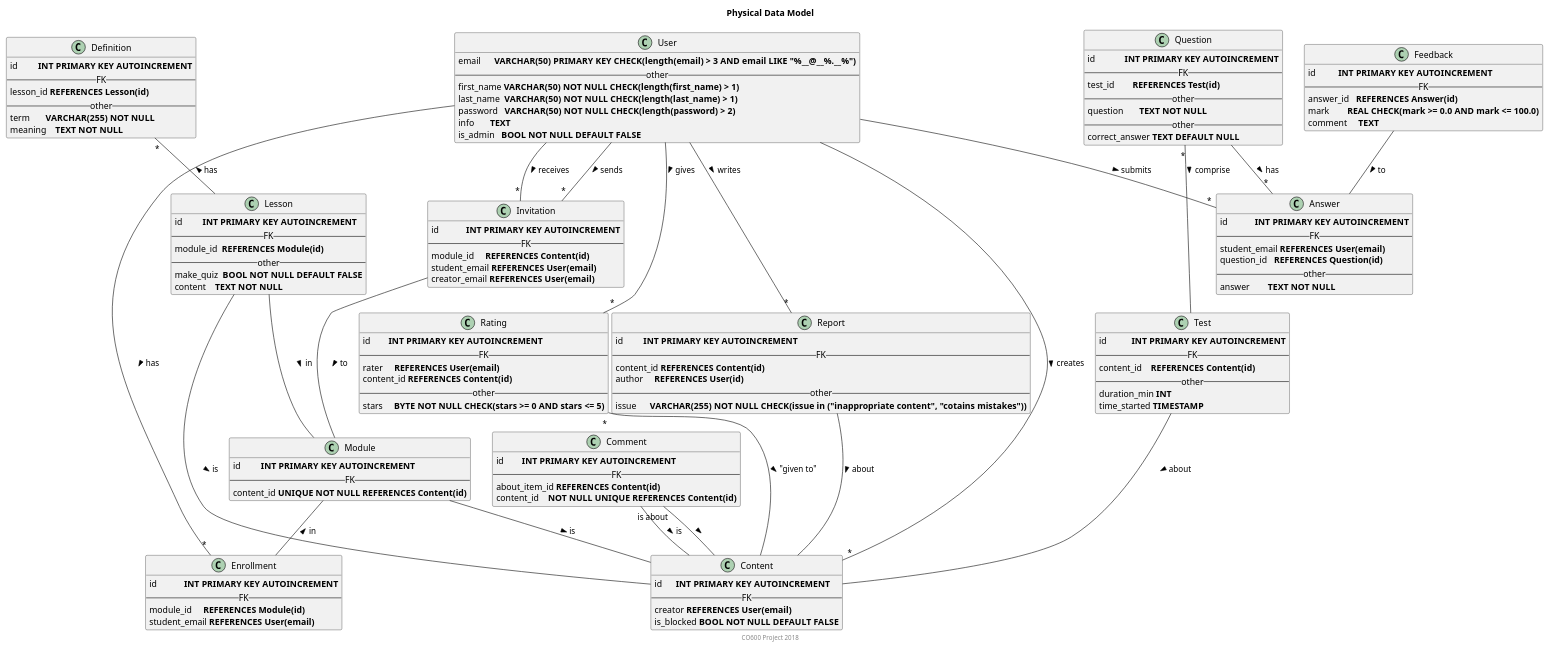
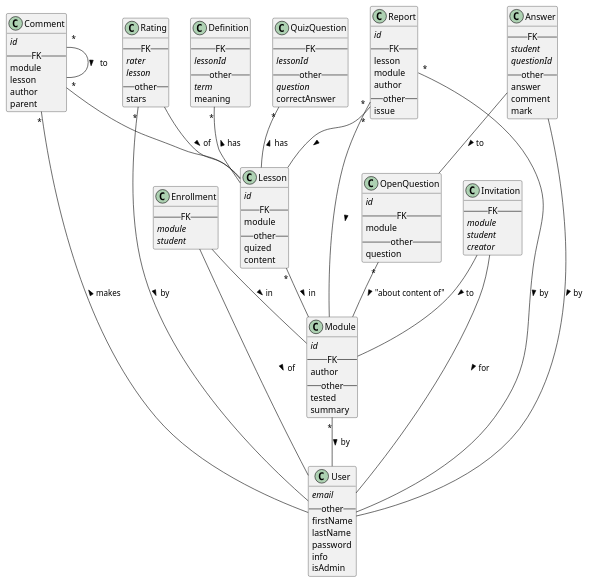
The diagram in database/physical_data_model.puml (nl253/CO600_Project), drawn with PlantUML before and after one commit. The commit also changed 4 other files, not shown here.

```diff
--- a/database/physical_data_model.puml
+++ b/database/physical_data_model.puml
@@ -1,170 +1,123 @@
 @startuml
-
-title Physical Data Model
-footer CO600 Project 2018
-
-' A user is anyone in the system that can log in (Administrator, and a regular user i.e. Student, Independent Learner and Content Creator)
 class User {
-  email      <b>VARCHAR(50) PRIMARY KEY CHECK(length(email) > 3 AND email LIKE "%__@__%.__%")</b>
+  <i>email</i>
   -- other --
-  first_name <b>VARCHAR(50) NOT NULL CHECK(length(first_name) > 1)</b>
-  last_name  <b>VARCHAR(50) NOT NULL CHECK(length(last_name) > 1)</b> 
-  password   <b>VARCHAR(50) NOT NULL CHECK(length(password) > 2)</b>
-  info       <b>TEXT</b>
-  is_admin   <b>BOOL NOT NULL DEFAULT FALSE</b>
+  firstName
+  lastName
+  password
+  info
+  isAdmin
 }
 
-' Abstract representation of anything that has a creator & can be reported.
-class Content {
-  id      <b>INT PRIMARY KEY AUTOINCREMENT</b>
+class Module {
+  <i>id</i>
   -- FK --
-  creator <b>REFERENCES User(email)</b>
-  is_blocked <b>BOOL NOT NULL DEFAULT FALSE</b>
+  author
+  -- other --
+  tested
+  summary
 }
 
-' A question is associated with a test.
-' It may be either "closed" or "open". 
-class Question {
-  id             <b>INT PRIMARY KEY AUTOINCREMENT</b>
+class Lesson {
+  <i>id</i>
   -- FK --
-  test_id        <b>REFERENCES Test(id)</b>
+  module
   -- other --
-  question       <b>TEXT NOT NULL</b>
-  -- other --
-  correct_answer <b>TEXT DEFAULT NULL</b>
+  quized
+  content
 }
 
-' A student may rate a lesson (and give a rating in [0, 5]).
-' The average of the ratings of all lessons is the rating of the module.
 class Rating {
-  id        <b>INT PRIMARY KEY AUTOINCREMENT</b>
   -- FK --
-  rater     <b>REFERENCES User(email)</b>
-  content_id <b>REFERENCES Content(id)</b>
+  <i>rater</i>
+  <i>lesson</i>
   -- other --
-  stars     <b>BYTE NOT NULL CHECK(stars >= 0 AND stars <= 5)</b>
+  stars
 }
 
-' Comments can be submitted to give feedback about content.
-' Because comments themselves are a type of content, this allows for commenting on comments, modules and lessons.
-class Comment {
-  id        <b>INT PRIMARY KEY AUTOINCREMENT</b>
+class Invitation {
   -- FK --
-  about_item_id <b>REFERENCES Content(id)</b>
-  content_id    <b>NOT NULL UNIQUE REFERENCES Content(id)</b>
-}
-
-' A content creator may invite a student to take part in their module.
-class Invitation {
-  id            <b>INT PRIMARY KEY AUTOINCREMENT</b>
-  -- FK --
-  module_id     <b>REFERENCES Content(id)</b>
-  student_email <b>REFERENCES User(email)</b>
-  creator_email <b>REFERENCES User(email)</b>
-}
-
-
-' Feedback may be given to a student on their answer to an open question.
-class Feedback {
-  id          <b>INT PRIMARY KEY AUTOINCREMENT</b>
-  -- FK --
-  answer_id   <b>REFERENCES Answer(id)</b>
-  mark        <b>REAL CHECK(mark >= 0.0 AND mark <= 100.0)</b>
-  comment     <b>TEXT</b>
+  <i>module</i>
+  <i>student</i>
+  <i>creator</i>
 }
 
 class Enrollment {
-  id            <b>INT PRIMARY KEY AUTOINCREMENT</b>
   -- FK --
-  module_id     <b>REFERENCES Module(id)</b>
-  student_email <b>REFERENCES User(email)</b>
+  <i>module</i>
+  <i>student</i>
 }
 
-' A module is like a container (i.e. folder / directory) for lessons.
-class Module {
-  id         <b>INT PRIMARY KEY AUTOINCREMENT</b>
+class Comment {
+  <i>id</i>
   -- FK --
-  content_id <b>UNIQUE NOT NULL REFERENCES Content(id)</b>
+  module
+  lesson
+  author
+  parent
 }
 
-' A lesson MUST BE associated with a module.
-' A lesson MUST have a content (stored as an HTML string).
-' A lesson may be marked as having a quiz made from definitions (automatically generated from the definitions).
-class Lesson {
-  id         <b>INT PRIMARY KEY AUTOINCREMENT</b>
+class OpenQuestion {
+  <i>id</i>
   -- FK --
-  module_id  <b>REFERENCES Module(id)</b>
+  module
   -- other --
-  make_quiz  <b>BOOL NOT NULL DEFAULT FALSE</b>
-  content    <b>TEXT NOT NULL</b>
+  question
 }
 
-' An answer to an open question may BE given by a student enrolled in a module.
 class Answer {
-  id            <b>INT PRIMARY KEY AUTOINCREMENT</b>
   -- FK --
-  student_email <b>REFERENCES User(email)</b>
-  question_id   <b>REFERENCES Question(id)</b>
+  <i>student</i>
+  <i>questionId</i>
   -- other --
-  answer        <b>TEXT NOT NULL</b>
+  answer
+  comment
+  mark
 }
 
-' The content creator may define terms in a lesson they created
-class Definition {
-  id         <b>INT PRIMARY KEY AUTOINCREMENT</b>
+class Report {
+  <i>id</i>
   -- FK --
-  lesson_id <b>REFERENCES Lesson(id)</b>
+  lesson
+  module
+  author
   -- other --
-  term       <b>VARCHAR(255) NOT NULL</b>
-  meaning    <b>TEXT NOT NULL</b>
+  issue
 }
 
-' A user may report a piece of content (e.g. lesson, module, content) for breaking terms and conditions.
-class Report {
-  id         <b>INT PRIMARY KEY AUTOINCREMENT</b>
+class Definition {
   -- FK --
-  content_id <b>REFERENCES Content(id)</b>
-  author     <b>REFERENCES User(id)</b>
+  <i>lessonId</i>
   -- other --
-  issue      <b>VARCHAR(255) NOT NULL CHECK(issue in ("inappropriate content", "cotains mistakes"))</b>
+  <i>term</i>
+  meaning
 }
 
-' A test may be taken at the end of the module.
-class Test {
-  id           <b>INT PRIMARY KEY AUTOINCREMENT</b>
+class QuizQuestion {
   -- FK --
-  content_id    <b>REFERENCES Content(id)</b>
+  <i>lessonId</i>
   -- other --
-  duration_min <b>INT</b>
-  time_started <b>TIMESTAMP</b>
+  <i>question</i>
+  correctAnswer
 }
 
-User -- "*" Content: creates >
-User -- "*" Report: writes >
-User -- "*" Invitation: receives >
-User -- "*" Invitation: sends >
-User -- "*" Answer: submits >
-User -- "*" Enrollment: has >
-User -- "*" Rating: gives >
-
-Definition "*" -- Lesson: has <
-
-Rating "*" -- Content: "given to" >
-Module -- Content: is >
-Module -- Enrollment: in <
-Invitation -- Module: to >
-Comment -- Content: is >
-Comment -- Content: "is about" >
-Lesson -- Content: is >
-Lesson -- Module: in >
-
-Feedback -- Answer: to >
-
-Report -- Content: about >
-
-Question "*" -- Test: comprise > 
-Question -- "*" Answer: has >
-
-Test -- Content: about > 
-
+Definition "*" -- Lesson : has <
+QuizQuestion "*" -- Lesson : has <
+Report "*" -- Lesson : >
+Report "*" -- Module : >
+Report "*" -- User : by > 
+Answer -- User : by >
+Answer -- OpenQuestion : to >
+OpenQuestion "*" -- Module : "about content of" >
+Comment "*" -- Comment : to >
+Comment "*" - User : makes < 
+Comment "*" -- Lesson
+Enrollment -- Module : in >
+Enrollment - User : of >
+Invitation -- Module : to >
+Invitation - User : for >
+Rating -- Lesson : of >
+Rating "*" - User : by >
+Lesson "*" -- Module : in >
+Module "*" -- User : by >
 @enduml
```
